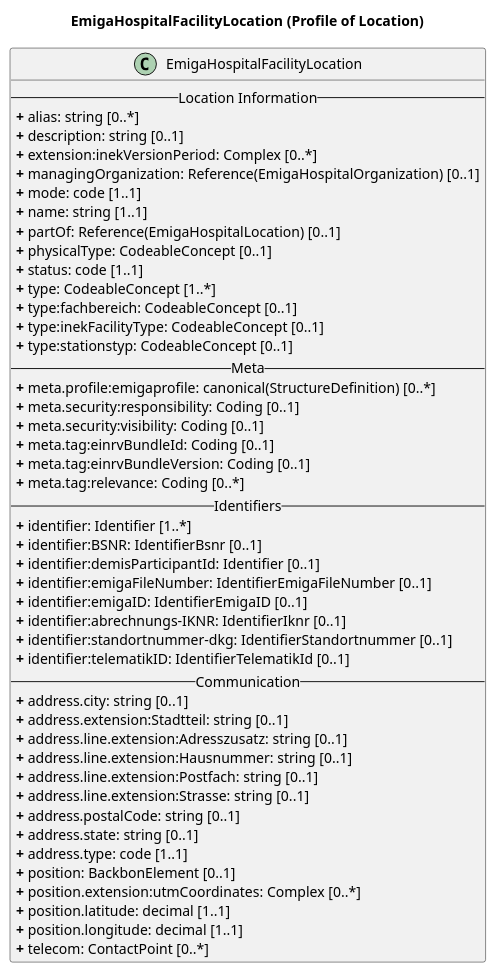
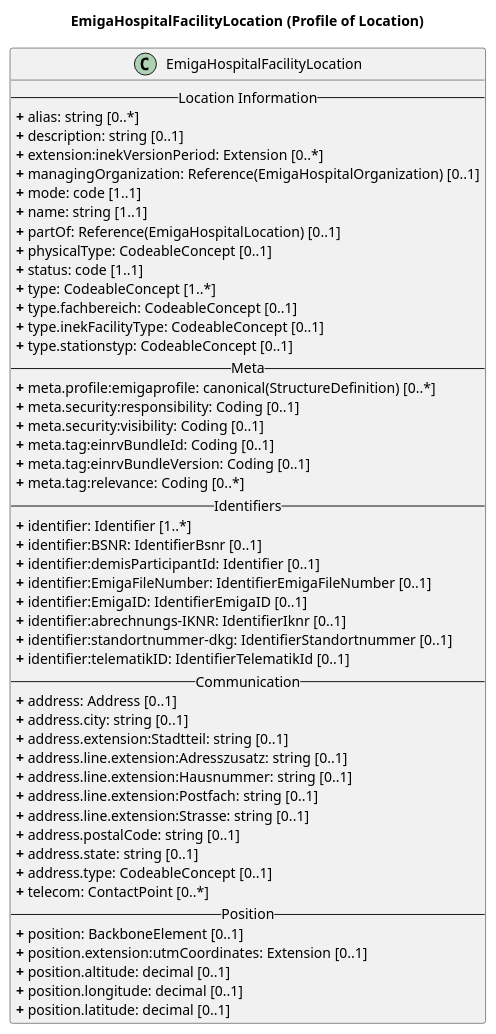
Before and after one commit to robert-koch-institut/rki.emiga.vzd: the diagram in rki.emiga.vzd/guides/implementationguides.vzd/PlantUML/HospitalFacilityLocation.puml, drawn with PlantUML. The commit also changed 18 other files, not shown here.

Commit message:
feat: updated puml to latest fsh code version

```diff
--- a/rki.emiga.vzd/guides/implementationguides.vzd/PlantUML/HospitalFacilityLocation.puml
+++ b/rki.emiga.vzd/guides/implementationguides.vzd/PlantUML/HospitalFacilityLocation.puml
@@ -1,55 +1,58 @@
 @startuml
 skinparam linetype ortho
 
 title EmigaHospitalFacilityLocation (Profile of Location)
 
 ' Main Class
 class EmigaHospitalFacilityLocation{
 -- Location Information --
 <b>+</b> alias: string [0..*]
 <b>+</b> description: string [0..1]
-<b>+</b> extension:inekVersionPeriod: Complex [0..*]
+<b>+</b> extension:inekVersionPeriod: Extension [0..*]
 <b>+</b> managingOrganization: Reference(EmigaHospitalOrganization) [0..1]
 <b>+</b> mode: code [1..1]
 <b>+</b> name: string [1..1]
 <b>+</b> partOf: Reference(EmigaHospitalLocation) [0..1]
 <b>+</b> physicalType: CodeableConcept [0..1]
 <b>+</b> status: code [1..1]
 <b>+</b> type: CodeableConcept [1..*]
-<b>+</b> type:fachbereich: CodeableConcept [0..1]
-<b>+</b> type:inekFacilityType: CodeableConcept [0..1]
-<b>+</b> type:stationstyp: CodeableConcept [0..1]
+<b>+</b> type.fachbereich: CodeableConcept [0..1]
+<b>+</b> type.inekFacilityType: CodeableConcept [0..1]
+<b>+</b> type.stationstyp: CodeableConcept [0..1]
 -- Meta --
 <b>+</b> meta.profile:emigaprofile: canonical(StructureDefinition) [0..*]
 <b>+</b> meta.security:responsibility: Coding [0..1]
 <b>+</b> meta.security:visibility: Coding [0..1]
 <b>+</b> meta.tag:einrvBundleId: Coding [0..1]
 <b>+</b> meta.tag:einrvBundleVersion: Coding [0..1]
 <b>+</b> meta.tag:relevance: Coding [0..*]
 -- Identifiers --
 <b>+</b> identifier: Identifier [1..*] 
-<b>+</b> identifier:BSNR: IdentifierBsnr [0..1] 
+<b>+</b> identifier:BSNR: IdentifierBsnr [0..1]
 <b>+</b> identifier:demisParticipantId: Identifier [0..1]
-<b>+</b> identifier:emigaFileNumber: IdentifierEmigaFileNumber [0..1]
-<b>+</b> identifier:emigaID: IdentifierEmigaID [0..1]
+<b>+</b> identifier:EmigaFileNumber: IdentifierEmigaFileNumber [0..1]
+<b>+</b> identifier:EmigaID: IdentifierEmigaID [0..1]
 <b>+</b> identifier:abrechnungs-IKNR: IdentifierIknr [0..1]
 <b>+</b> identifier:standortnummer-dkg: IdentifierStandortnummer [0..1]
 <b>+</b> identifier:telematikID: IdentifierTelematikId [0..1]
 -- Communication --
+<b>+</b> address: Address [0..1]
 <b>+</b> address.city: string [0..1]
 <b>+</b> address.extension:Stadtteil: string [0..1]
 <b>+</b> address.line.extension:Adresszusatz: string [0..1]
 <b>+</b> address.line.extension:Hausnummer: string [0..1]
 <b>+</b> address.line.extension:Postfach: string [0..1]
 <b>+</b> address.line.extension:Strasse: string [0..1]
 <b>+</b> address.postalCode: string [0..1]
 <b>+</b> address.state: string [0..1]
-<b>+</b> address.type: code [1..1]
-<b>+</b> position: BackbonElement [0..1]
-<b>+</b> position.extension:utmCoordinates: Complex [0..*]
-<b>+</b> position.latitude: decimal [1..1]
-<b>+</b> position.longitude: decimal [1..1]
+<b>+</b> address.type: CodeableConcept [0..1]
 <b>+</b> telecom: ContactPoint [0..*]
+-- Position --
+<b>+</b> position: BackboneElement [0..1]
+<b>+</b> position.extension:utmCoordinates: Extension [0..1]
+<b>+</b> position.altitude: decimal [0..1]
+<b>+</b> position.longitude: decimal [0..1]
+<b>+</b> position.latitude: decimal [0..1]
 }
 
 @enduml
```
